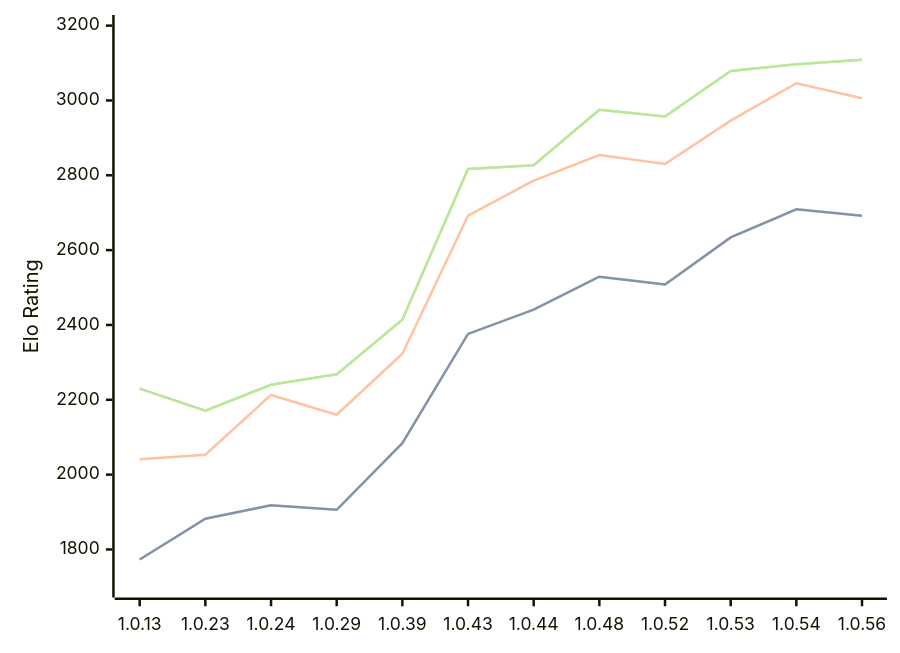
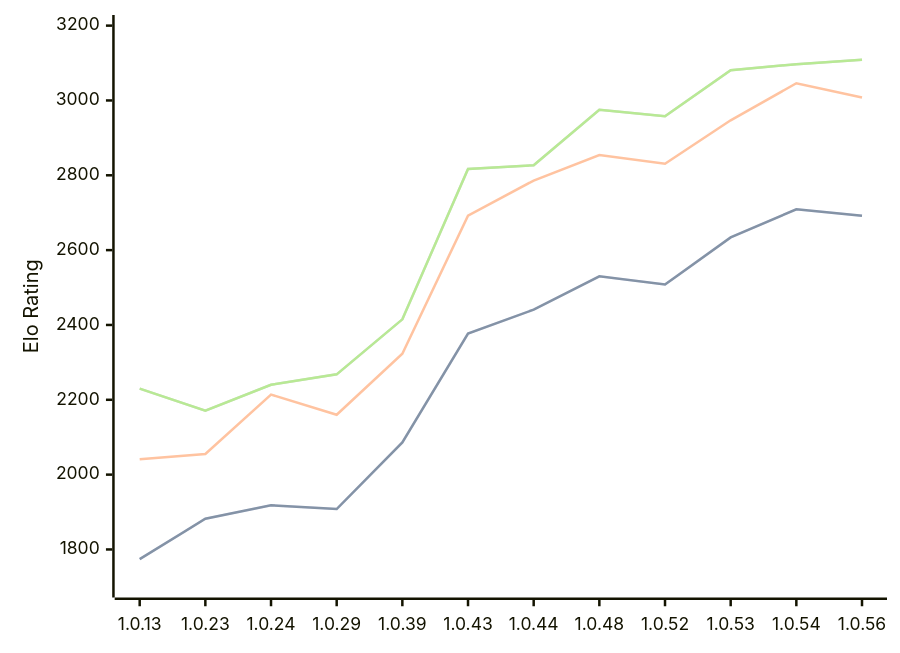
Before and after one commit to computer-chess-index/cci: the diagram in engines/RustyRival.md, drawn with Mermaid. The commit also changed other lines of this file, not shown here.

Commit message:
Update CCI Ratings (ELO VLTC) - 2026-09-06

````diff
--- a/engines/RustyRival.md
+++ b/engines/RustyRival.md
@@ -58,11 +59,11 @@
 ```mermaid
 %%{init: {"theme":"base","themeVariables":{"seriesColors:['#a3a3a3','#222221','#faa371']}}}%%
 xychart-beta
   x-axis ["1.0.13", "1.0.23", "1.0.24", "1.0.29", "1.0.39", "1.0.43", "1.0.44", "1.0.48", "1.0.52", "1.0.53", "1.0.54", "1.0.56"]
   y-axis "Elo Rating" 1700 --> 3200
-  line "" [1773, 1882, 1918, 1906, 2084, 2376, 2441, 2529, 2508, 2634, 2709, 2692]
-  line "STC (8.0+0.08s)" [1773, 1882, 1918, 1906, 2084, 2376, 2441, 2529, 2508, 2634, 2709, 2692]
-  line "LTC (60.0+0.60s)" [2041, 2053, 2213, 2160, 2323, 2692, 2786, 2854, 2830, 2946, 3046, 3006]
-  line "" [2230, 2171, 2240, 2268, 2414, 2817, 2827, 2975, 2957, 3079, 3097, 3109]
-  line "VLTC (2m24s+1.12s)" [2230, 2171, 2240, 2268, 2414, 2817, 2827, 2975, 2957, 3079, 3097, 3109]
+  line "" [1774, 1882, 1918, 1908, 2086, 2377, 2441, 2530, 2508, 2634, 2709, 2692]
+  line "STC (8.0+0.08s)" [1774, 1882, 1918, 1908, 2086, 2377, 2441, 2530, 2508, 2634, 2709, 2692]
+  line "LTC (60.0+0.60s)" [2041, 2055, 2214, 2160, 2323, 2692, 2786, 2854, 2831, 2947, 3046, 3008]
+  line "" [2230, 2171, 2240, 2268, 2415, 2817, 2827, 2975, 2958, 3081, 3097, 3109]
+  line "VLTC (2m24s+1.12s)" [2230, 2171, 2240, 2268, 2415, 2817, 2827, 2975, 2958, 3081, 3097, 3109]
 ```
````
